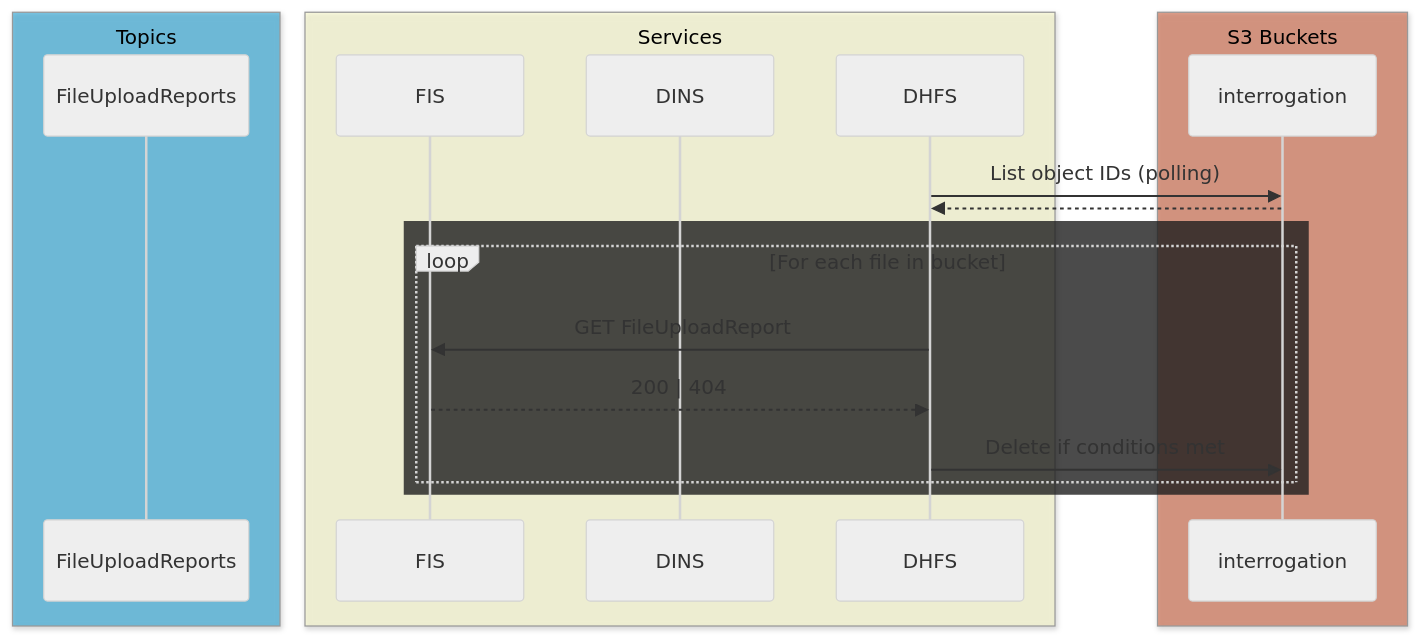
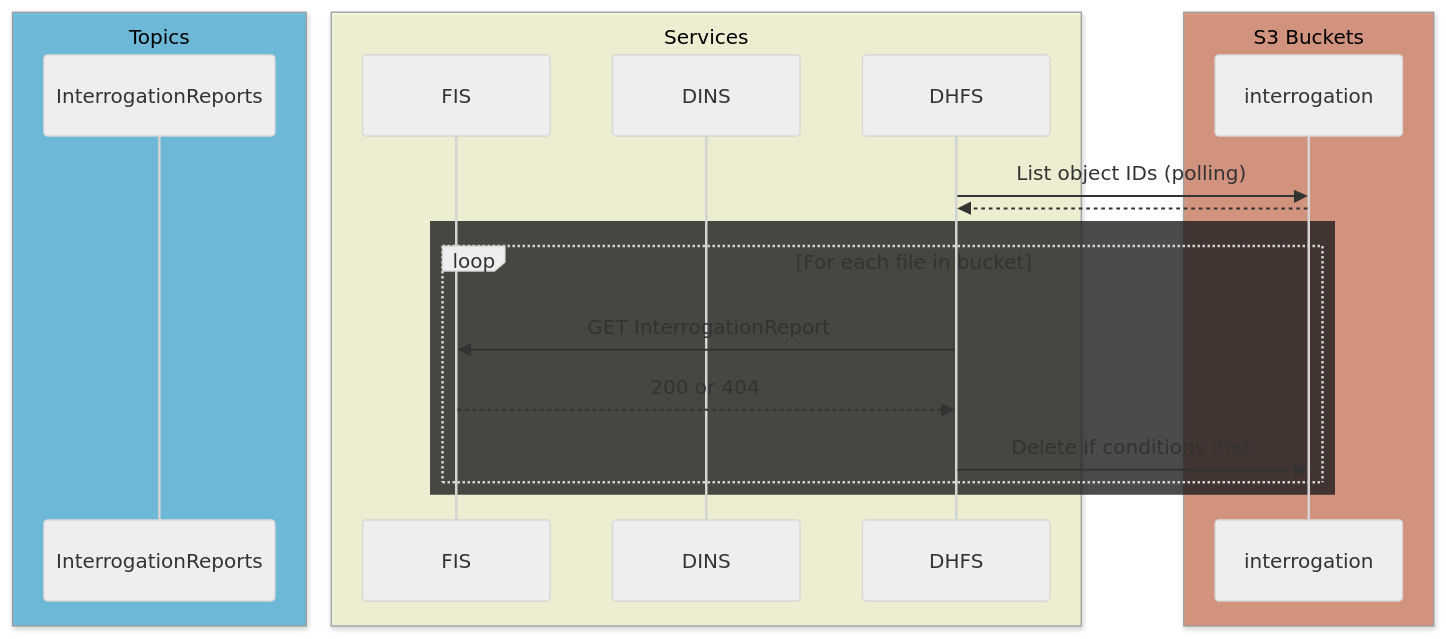
The second of 3 diagrams in 84-sarcastic-fringehead/technical_specification.md (ghga-de/epic-docs), drawn with Mermaid (neutral theme) before and after one commit. The commit also changed other lines of this file and 1 other file, not shown here.

````diff
--- a/84-sarcastic-fringehead/technical_specification.md
+++ b/84-sarcastic-fringehead/technical_specification.md
@@ -431,24 +600,24 @@
 ```mermaid
 sequenceDiagram
     box rgb(0, 150, 210, 0.5) Topics
-        participant FileUploadReports
+        participant InterrogationReports
     end
     box rgb(255, 255, 200, .5) Services
         participant FIS
         participant DINS
         participant DHFS
     end
     box rgb(200, 75, 35, 0.5) S3 Buckets
         participant interrogation
     end
     
     DHFS->>interrogation: List object IDs (polling)
     interrogation-->>DHFS:
     rect rgb(30, 30, 30, .8)
         loop For each file in bucket
-            DHFS->>FIS: GET FileUploadReport
-            FIS-->>DHFS: 200 | 404
+            DHFS->>FIS: GET InterrogationReport
+            FIS-->>DHFS: 200 or 404
             DHFS->>interrogation: Delete if conditions met
         end
     end
 ```
````
